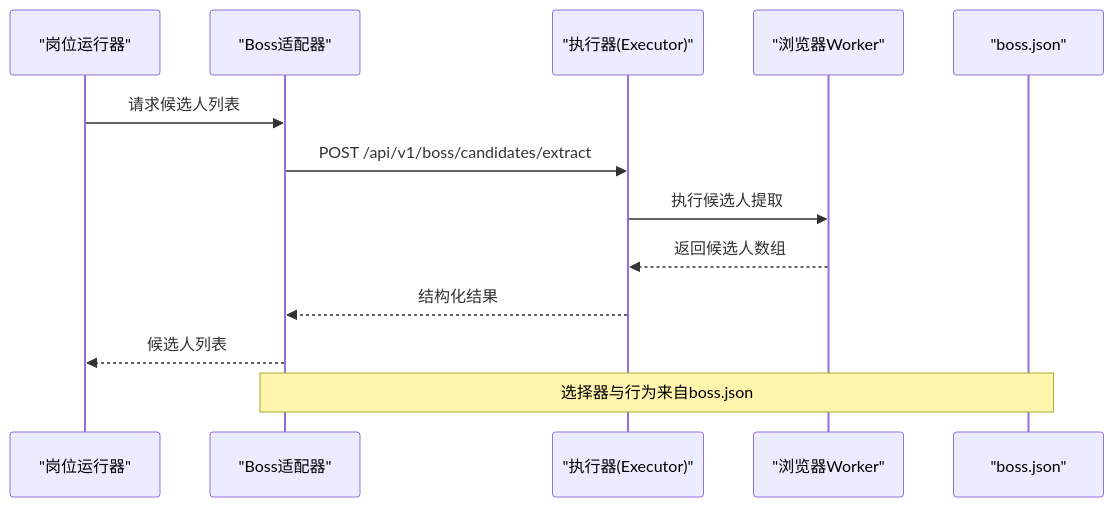
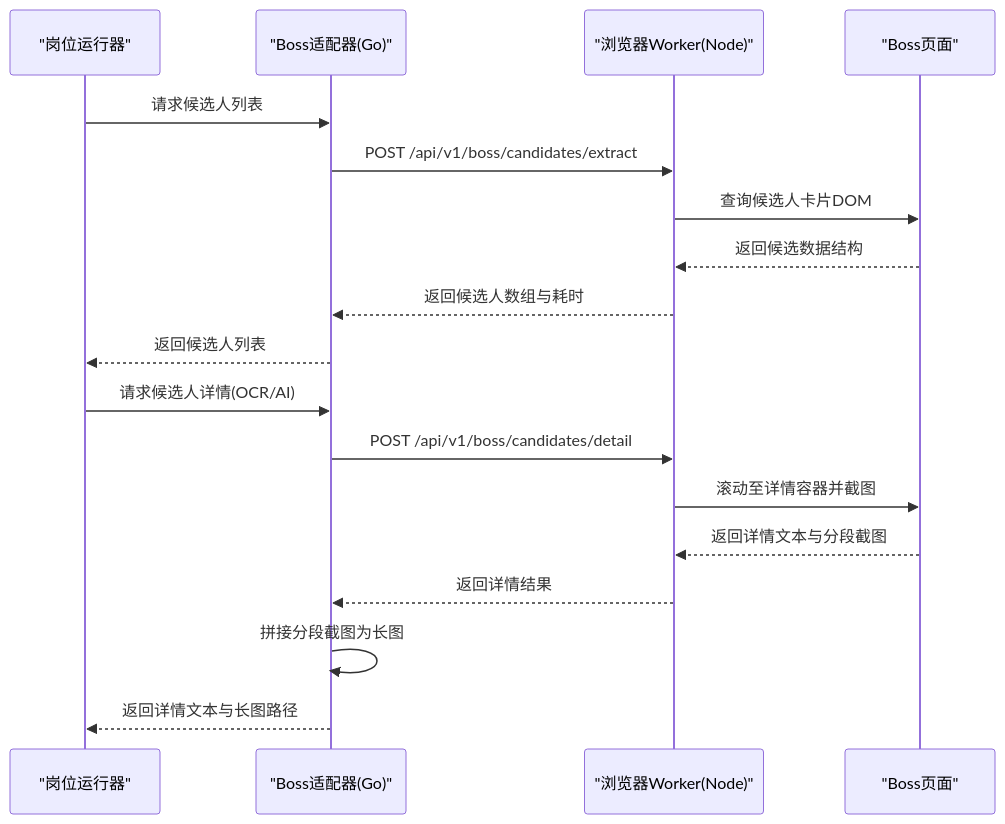
One commit to alvinwangzi/goodhr changed the second of 8 diagrams in .qoder/repowiki/zh/content/本地执行器/平台适配器/Boss直聘适配器/Boss直聘适配器.md. Above: the diagram before and after it, drawn with Mermaid. The commit also changed other lines of this file and 149 other files, not shown here.

````diff
--- a/.qoder/repowiki/zh/content/本地执行器/平台适配器/Boss直聘适配器/Boss直聘适配器.md
+++ b/.qoder/repowiki/zh/content/本地执行器/平台适配器/Boss直聘适配器/Boss直聘适配器.md
@@ -117,15 +141,20 @@
 ```mermaid
 sequenceDiagram
 participant Runner as "岗位运行器"
-participant Boss as "Boss适配器"
-participant Exec as "执行器(Executor)"
-participant Worker as "浏览器Worker"
-participant Config as "boss.json"
+participant Boss as "Boss适配器(Go)"
+participant Worker as "浏览器Worker(Node)"
+participant Page as "Boss页面"
 Runner->>Boss : 请求候选人列表
-Boss->>Exec : POST /api/v1/boss/candidates/extract
-Exec->>Worker : 执行候选人提取
-Worker-->>Exec : 返回候选人数组
-Exec-->>Boss : 结构化结果
-Boss-->>Runner : 候选人列表
-Note over Boss,Config : 选择器与行为来自boss.json
+Boss->>Worker : POST /api/v1/boss/candidates/extract
+Worker->>Page : 查询候选人卡片DOM
+Page-->>Worker : 返回候选数据结构
+Worker-->>Boss : 返回候选人数组与耗时
+Boss-->>Runner : 返回候选人列表
+Runner->>Boss : 请求候选人详情(OCR/AI)
+Boss->>Worker : POST /api/v1/boss/candidates/detail
+Worker->>Page : 滚动至详情容器并截图
+Page-->>Worker : 返回详情文本与分段截图
+Worker-->>Boss : 返回详情结果
+Boss->>Boss : 拼接分段截图为长图
+Boss-->>Runner : 返回详情文本与长图路径
 ```
````
